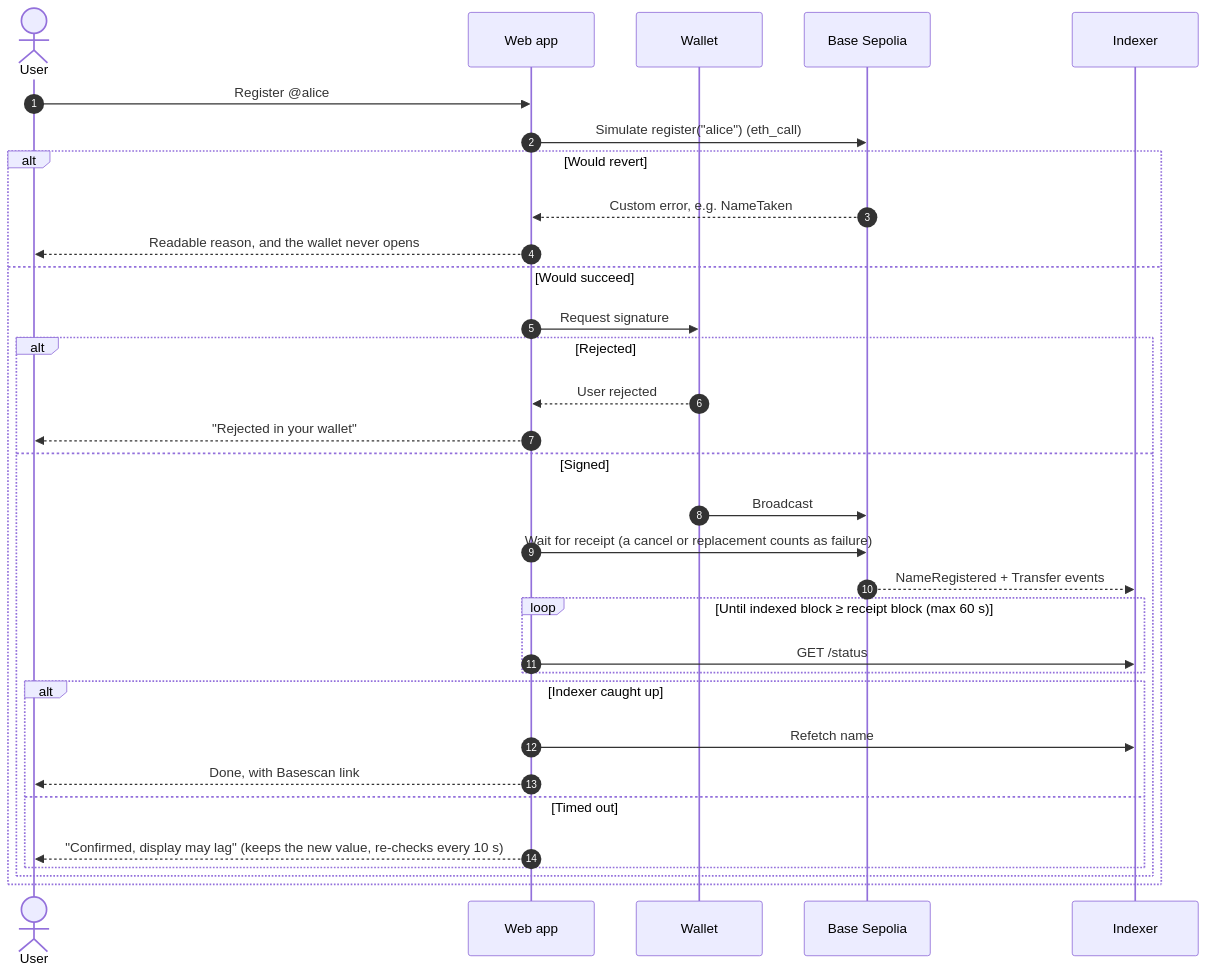
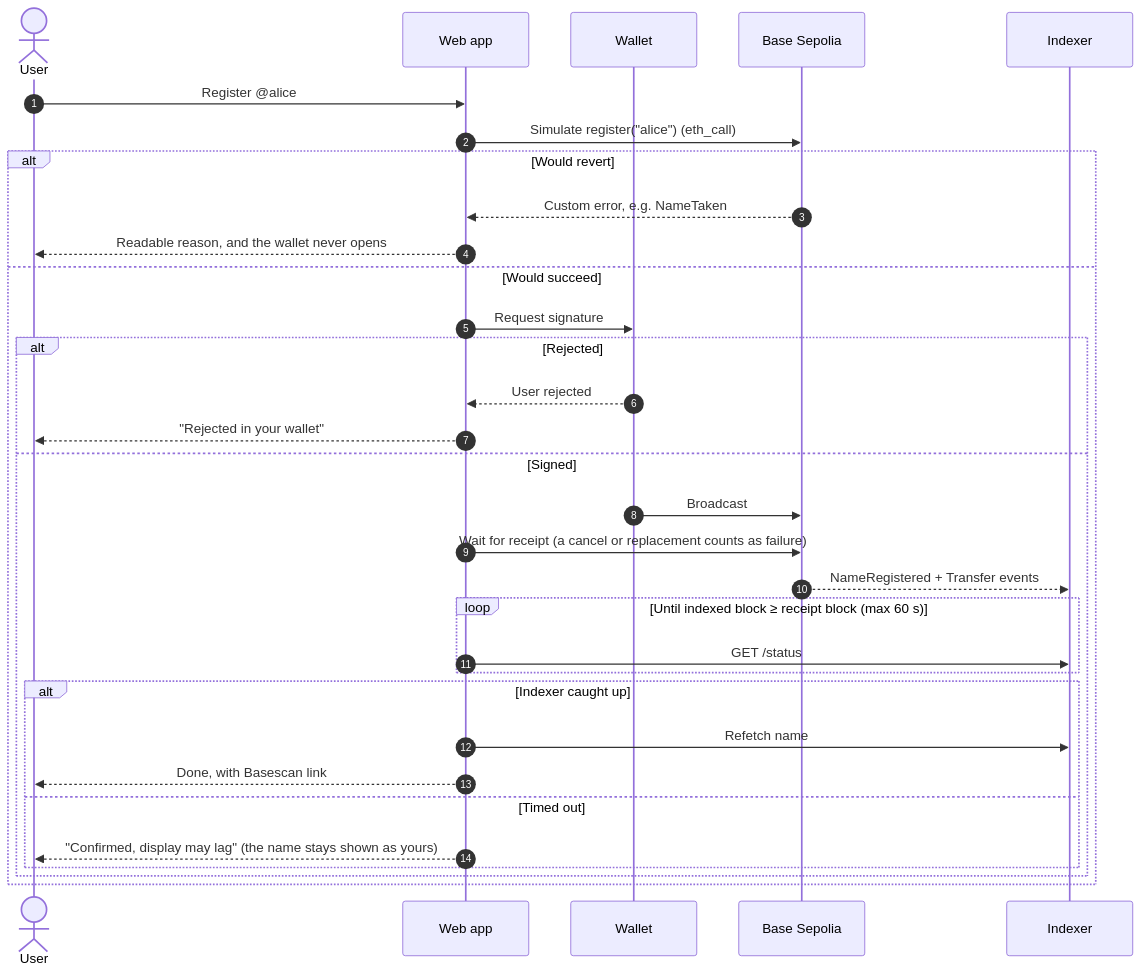
One commit to ansah25/paytag changed the second of 2 diagrams in README.md. Above: the diagram before and after it, drawn with Mermaid. The commit also changed other lines of this file and 1 other file, not shown here.

````diff
--- a/README.md
+++ b/README.md
@@ -60,34 +61,34 @@
 ```mermaid
 sequenceDiagram
   autonumber
   actor U as User
   participant A as Web app
   participant W as Wallet
   participant B as Base Sepolia
   participant I as Indexer
   U->>A: Register @alice
   A->>B: Simulate register("alice") (eth_call)
   alt Would revert
     B-->>A: Custom error, e.g. NameTaken
     A-->>U: Readable reason, and the wallet never opens
   else Would succeed
     A->>W: Request signature
     alt Rejected
       W-->>A: User rejected
       A-->>U: "Rejected in your wallet"
     else Signed
       W->>B: Broadcast
       A->>B: Wait for receipt (a cancel or replacement counts as failure)
       B-->>I: NameRegistered + Transfer events
       loop Until indexed block ≥ receipt block (max 60 s)
         A->>I: GET /status
       end
       alt Indexer caught up
         A->>I: Refetch name
         A-->>U: Done, with Basescan link
       else Timed out
-        A-->>U: "Confirmed, display may lag" (keeps the new value, re-checks every 10 s)
+        A-->>U: "Confirmed, display may lag" (the name stays shown as yours)
       end
     end
   end
 ```
````
